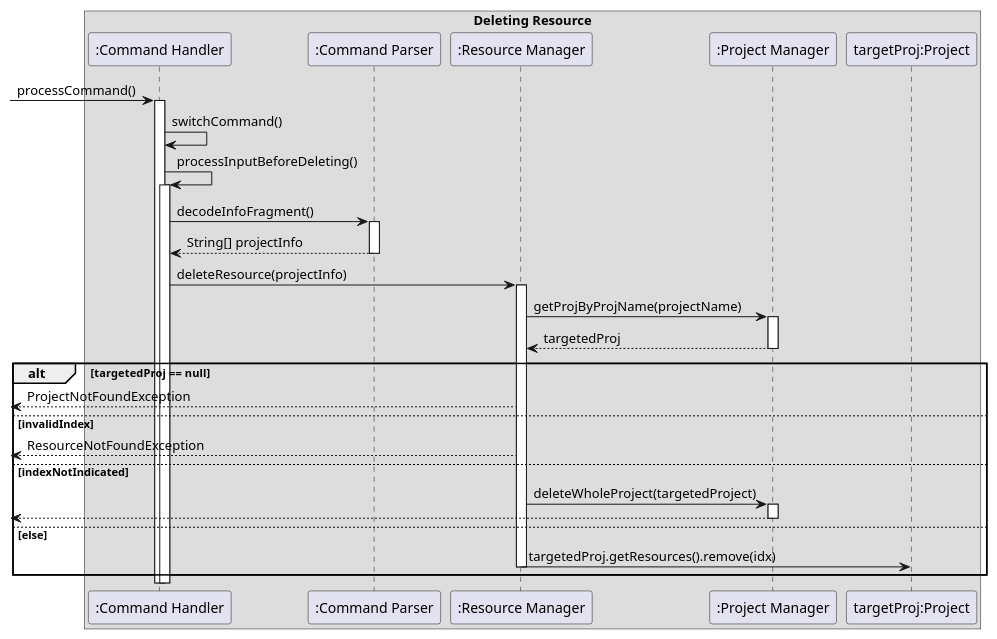
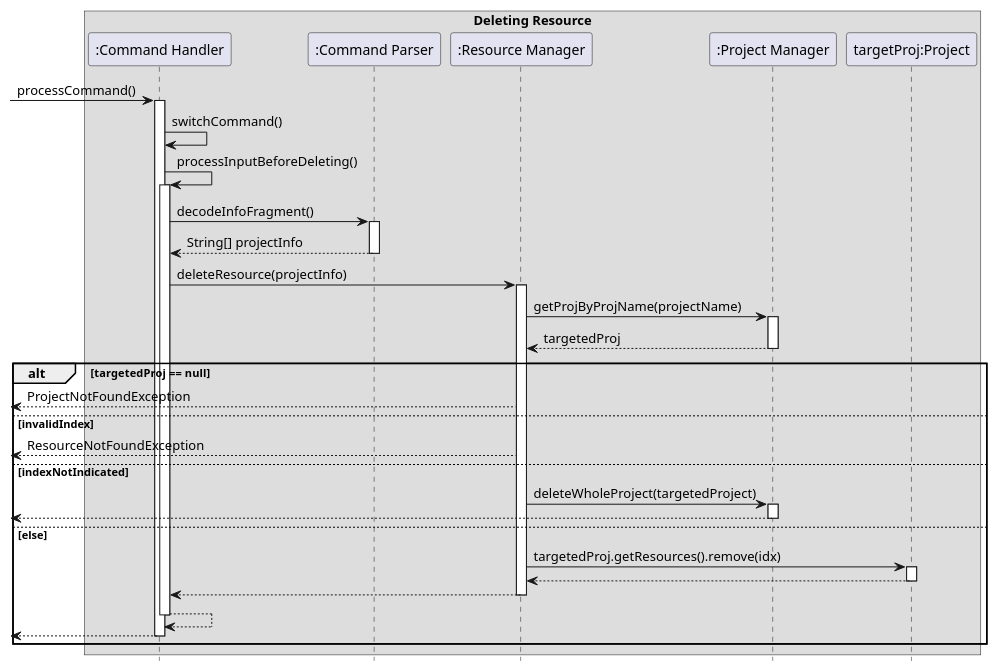
The diagram in docs/diagrams/Delete.puml (s-t-e-f/tp), drawn with PlantUML before and after one commit. The commit also changed 13 other files, not shown here.

Commit message:
Standardise sequence diagrams

```diff
--- a/docs/diagrams/Delete.puml
+++ b/docs/diagrams/Delete.puml
@@ -1,46 +1,54 @@
 @startuml
+hide footbox
 'https://plantuml.com/sequence-diagram
 
 box Deleting Resource
 participant ":Command Handler" as CommandHandler
 participant ":Command Parser" as CommandParser
 participant ":Resource Manager" as ResourceManager
 participant ":Project Manager" as ProjectManager
 participant "targetProj:Project" as targetedProj
 
 [-> CommandHandler : processCommand()
 activate CommandHandler
 CommandHandler -> CommandHandler : switchCommand()
 CommandHandler -> CommandHandler : processInputBeforeDeleting()
 activate CommandHandler
 
 
 CommandHandler -> CommandParser: decodeInfoFragment()
 activate CommandParser
 CommandHandler <-- CommandParser : String[] projectInfo
 deactivate CommandParser
 
 CommandHandler -> ResourceManager : deleteResource(projectInfo)
 activate ResourceManager
 ResourceManager -> ProjectManager : getProjByProjName(projectName)
 activate ProjectManager
 ResourceManager <-- ProjectManager : targetedProj
 deactivate ProjectManager
 
 alt targetedProj ==  null
     [<-- ResourceManager : ProjectNotFoundException
 else invalidIndex
     [<-- ResourceManager : ResourceNotFoundException
 else indexNotIndicated
     ResourceManager -> ProjectManager: deleteWholeProject(targetedProject)
     activate ProjectManager
     [<-- ProjectManager :
     deactivate ProjectManager
 
 else else
     ResourceManager -> targetedProj : targetedProj.getResources().remove(idx)
-    deactivate
+    activate targetedProj
+    return
+    return
+
+return
+return
+
+
 end
 
 
 @enduml
```
